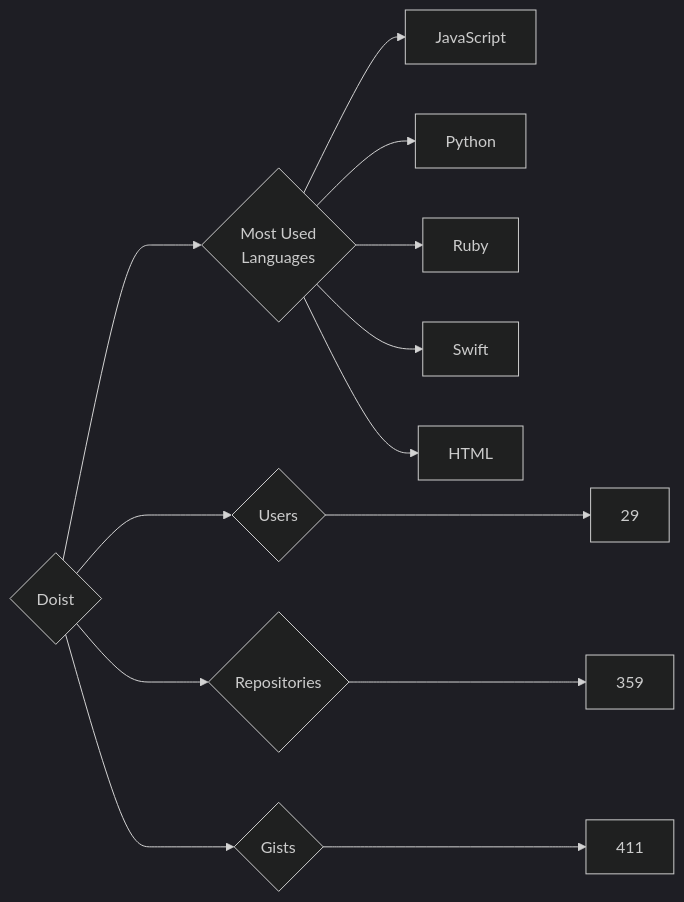
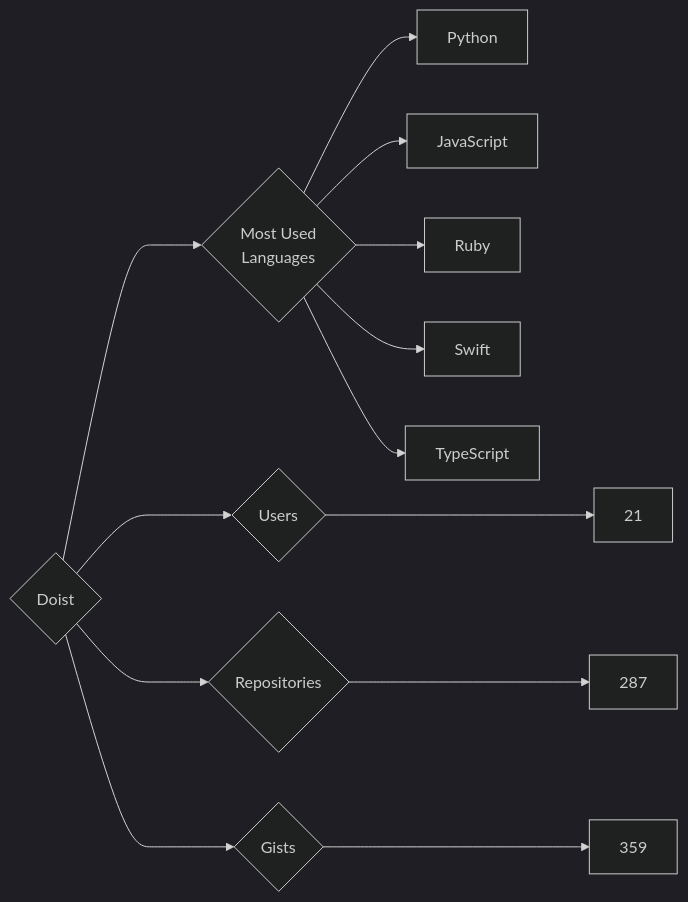
The diagram in targets/Doist/README.md (trickest/insiders), drawn with Mermaid (dark theme) before and after one commit. The commit also changed 814 other files, not shown here.

````diff
--- a/targets/Doist/README.md
+++ b/targets/Doist/README.md
@@ -3,13 +3,13 @@
 ```mermaid
 graph LR
 COMPANY_NAME{Doist}
-COMPANY_NAME ---> U{Users} ---> UN[29]
-COMPANY_NAME ---> R{Repositories} ---> RN[359]
-COMPANY_NAME ---> G{Gists} ---> GN[411]
+COMPANY_NAME ---> U{Users} ---> UN[21]
+COMPANY_NAME ---> R{Repositories} ---> RN[287]
+COMPANY_NAME ---> G{Gists} ---> GN[359]
 COMPANY_NAME ---> ML{Most Used<br>Languages}
+ML --> Python[Python]
 ML --> JavaScript[JavaScript]
-ML --> Python[Python]
 ML --> Ruby[Ruby]
 ML --> Swift[Swift]
-ML --> HTML[HTML]
+ML --> TypeScript[TypeScript]
 ```
````
